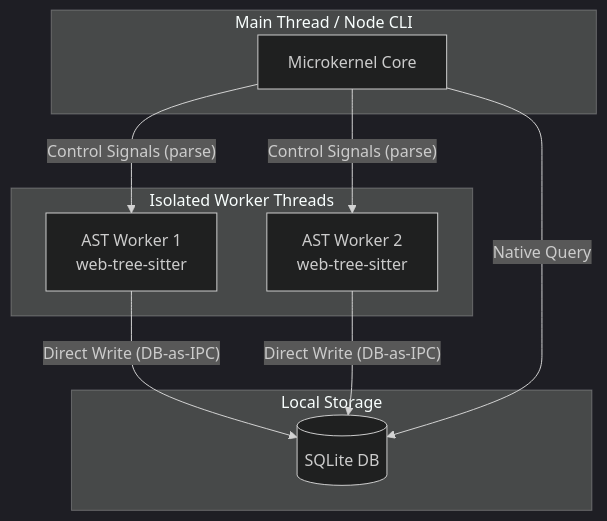
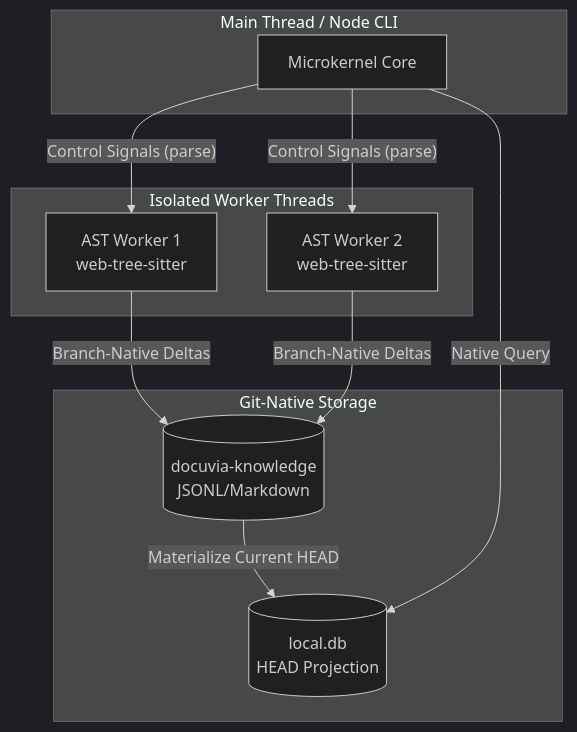
The diagram in docs/design/adrs/ADR-020-unified-isomorphic-ast-microkernel.md (dyphn1/Docuvia), drawn with Mermaid (dark theme) before and after one commit. The commit also changed other lines of this file and 8 other files, not shown here.

````diff
--- a/docs/design/adrs/ADR-020-unified-isomorphic-ast-microkernel.md
+++ b/docs/design/adrs/ADR-020-unified-isomorphic-ast-microkernel.md
@@ -43,22 +45,24 @@
 ```mermaid
 flowchart TD
     subgraph Host[Main Thread / Node CLI]
         M[Microkernel Core]
     end
 
     subgraph WorkerPool[Isolated Worker Threads]
         W1[AST Worker 1<br/>web-tree-sitter]
         W2[AST Worker 2<br/>web-tree-sitter]
     end
 
     M -- Control Signals (parse) --> W1
     M -- Control Signals (parse) --> W2
 
-    subgraph Storage[Local Storage]
-        DB[(SQLite DB)]
+    subgraph Storage[Git-Native Storage]
+        Branch[(docuvia-knowledge<br/>JSONL/Markdown)]
+        DB[(local.db<br/>HEAD Projection)]
     end
 
-    W1 -- Direct Write (DB-as-IPC) --> DB
-    W2 -- Direct Write (DB-as-IPC) --> DB
+    W1 -- Branch-Native Deltas --> Branch
+    W2 -- Branch-Native Deltas --> Branch
+    Branch -- Materialize Current HEAD --> DB
     M -- Native Query --> DB
 ```
````
